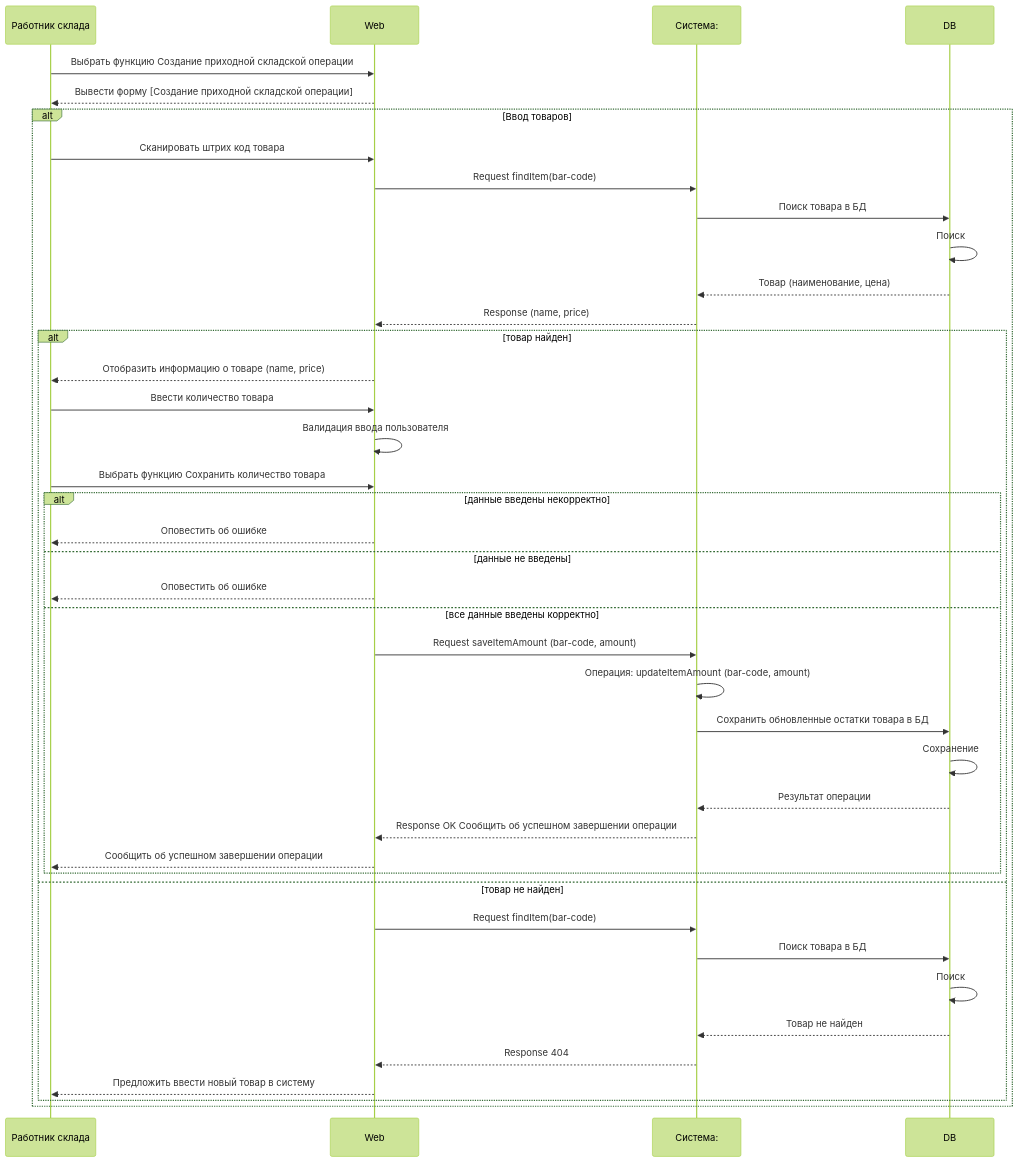
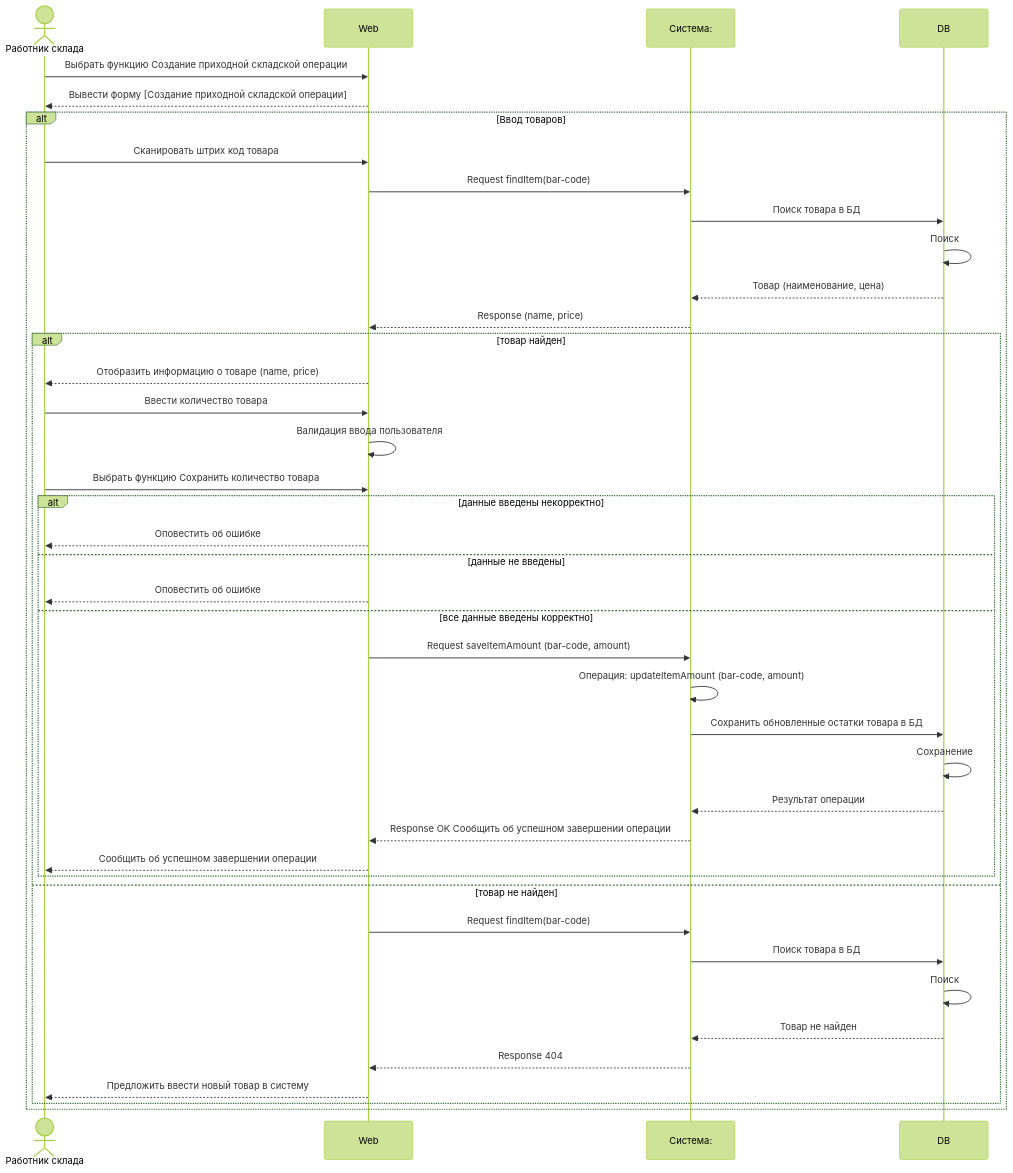
The diagram in api-warehouse/DraftReadme.md (PortnovAlex80/node_js_pro), drawn with Mermaid (forest theme) before and after one commit.

````diff
--- a/api-warehouse/DraftReadme.md
+++ b/api-warehouse/DraftReadme.md
@@ -1,48 +1,48 @@
 ```mermaid
 sequenceDiagram
-participant R as Работник склада
+actor R as Работник склада
 participant W as Web
 participant S as Система:
 participant D as DB
 
 
 
 R ->> W: Выбрать функцию Создание приходной складской операции
 W -->> R: Вывести форму [Создание приходной складской операции]
 
 alt Ввод товаров
 R ->> W: Сканировать штрих код товара
 W ->> S: Request findItem(bar-code)
 S ->> D: Поиск товара в БД
 D ->> D: Поиск
 D -->> S: Товар (наименование, цена)
 S -->> W: Response (name, price)
 
  alt товар найден
 	W -->> R: Отобразить информацию о товаре (name, price)
     R ->> W: Ввести количество товара
 	W ->> W: Валидация ввода пользователя
     R ->> W: Выбрать функцию Сохранить количество товара
     alt данные введены некорректно
         W -->> R: Оповестить об ошибке
     else данные не введены
         W -->> R: Оповестить об ошибке
     else все данные введены корректно
         W ->> S: Request saveItemAmount (bar-code, amount)
         S ->> S: Операция: updateItemAmount (bar-code, amount)
         S ->> D: Сохранить обновленные остатки товара в БД
 			D ->> D: Сохранение
 			D -->> S: Результат операции
 		S -->> W: Response OK Сообщить об успешном завершении операции
         W -->> R: Сообщить об успешном завершении операции
     end
 else товар не найден
 	W ->> S: Request findItem(bar-code)
 		S ->> D: Поиск товара в БД
 		D ->> D: Поиск
 		D -->> S: Товар не найден
 	S -->> W: Response 404
     W -->> R: Предложить ввести новый товар в систему
 end
 end
 ```
````
